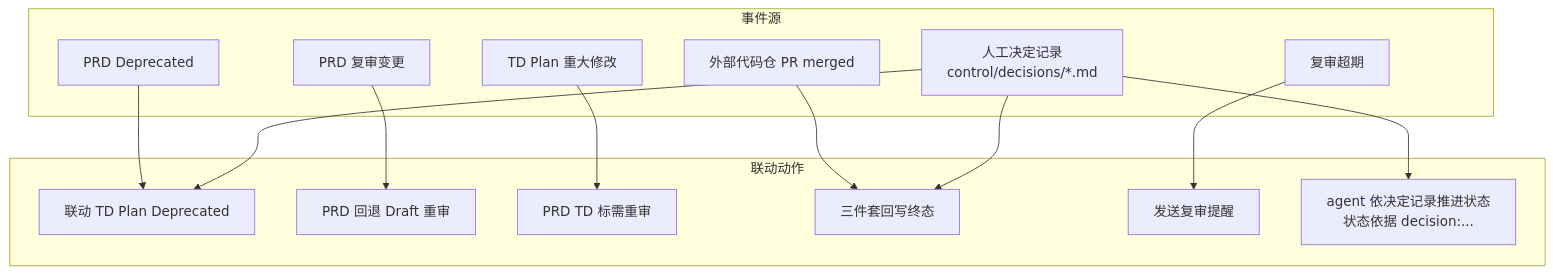
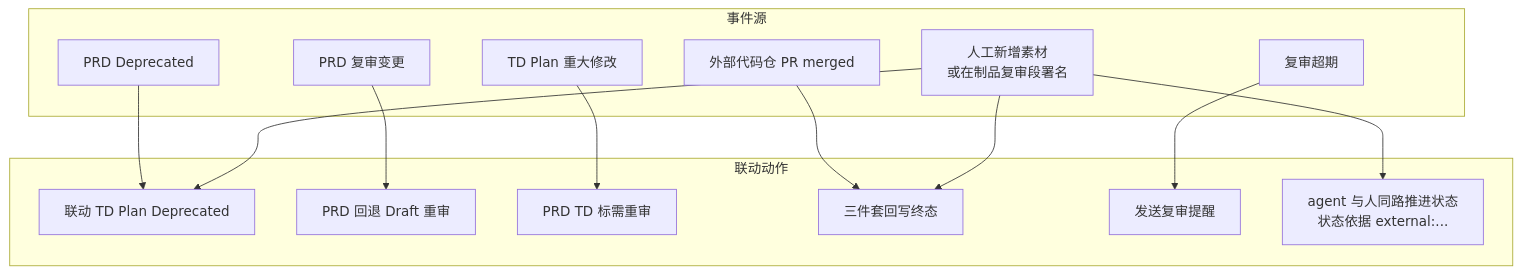
Before and after one commit to vanpipy/SSD-Template: the third of 3 diagrams in WORKFLOW.md, drawn with Mermaid. The commit also changed other lines of this file and 44 other files, not shown here.

````diff
--- a/WORKFLOW.md
+++ b/WORKFLOW.md
@@ -737,29 +750,29 @@
 ```mermaid
 flowchart TB
     subgraph eventsource [事件源]
         E1[PRD Deprecated]
         E2[PRD 复审变更]
         E3[TD Plan 重大修改]
         E4[外部代码仓 PR merged]
         E5[复审超期]
-        E6[人工决定记录<br/>control/decisions/*.md]
+        E6[人工新增素材<br/>或在制品复审段署名]
     end
 
     subgraph actions [联动动作]
         A1[联动 TD Plan Deprecated]
         A2[PRD 回退 Draft 重审]
         A3[PRD TD 标需重审]
         A4[三件套回写终态]
         A5[发送复审提醒]
-        A6[agent 依决定记录推进状态<br/>状态依据 decision:...]
+        A6[agent 与人同路推进状态<br/>状态依据 external:...]
     end
 
     E1 --> A1
     E2 --> A2
     E3 --> A3
     E4 --> A4
     E5 --> A5
     E6 --> A6
     E6 --> A1
     E6 --> A4
 ```
````
